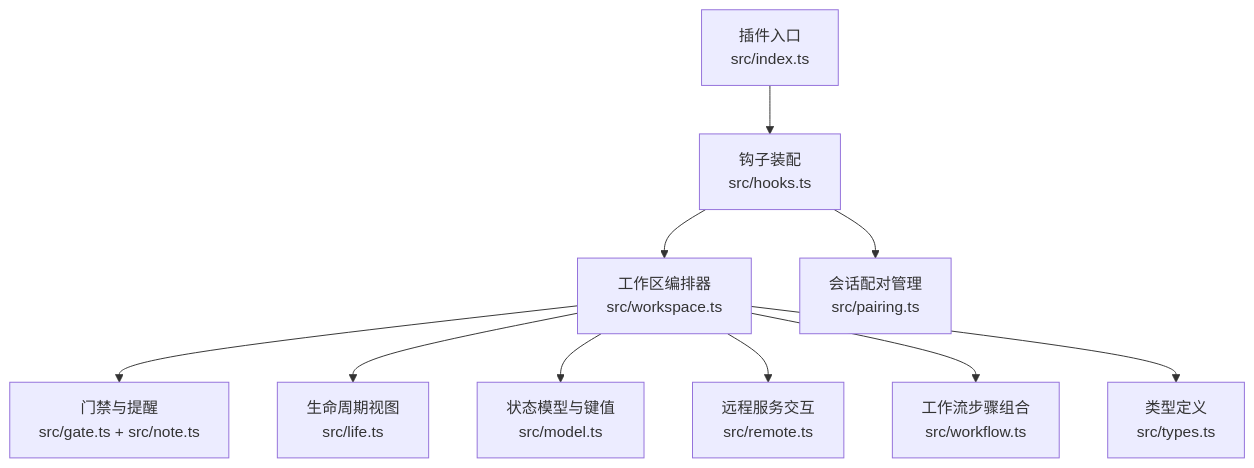
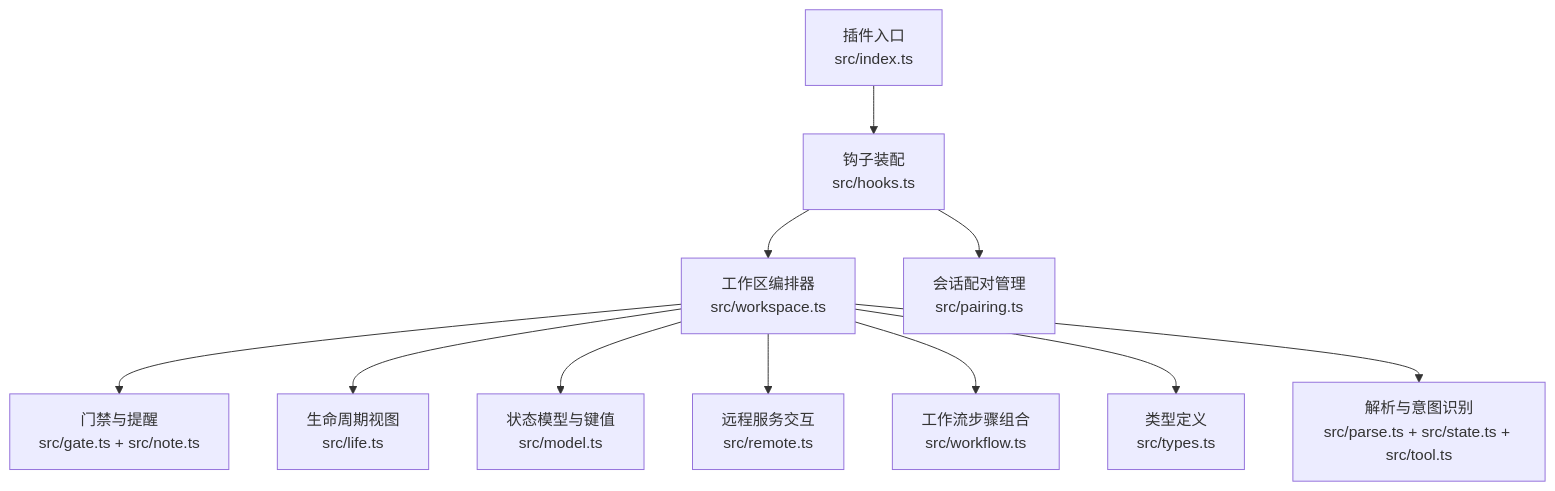
Before and after one commit to 89780012/opencode: the first of 4 diagrams in .lingma/repowiki/zh/content/API参考/SmartX工作流API.md, drawn with Mermaid. The commit also changed other lines of this file and 19 other files, not shown here.

````diff
--- a/.lingma/repowiki/zh/content/API参考/SmartX工作流API.md
+++ b/.lingma/repowiki/zh/content/API参考/SmartX工作流API.md
@@ -50,12 +63,13 @@
 ```mermaid
 graph TB
 A["插件入口<br/>src/index.ts"] --> B["钩子装配<br/>src/hooks.ts"]
 B --> C["工作区编排器<br/>src/workspace.ts"]
 B --> D["会话配对管理<br/>src/pairing.ts"]
 C --> E["门禁与提醒<br/>src/gate.ts + src/note.ts"]
 C --> F["生命周期视图<br/>src/life.ts"]
 C --> G["状态模型与键值<br/>src/model.ts"]
 C --> H["远程服务交互<br/>src/remote.ts"]
 C --> I["工作流步骤组合<br/>src/workflow.ts"]
 C --> J["类型定义<br/>src/types.ts"]
+C --> K["解析与意图识别<br/>src/parse.ts + src/state.ts + src/tool.ts"]
 ```
````
